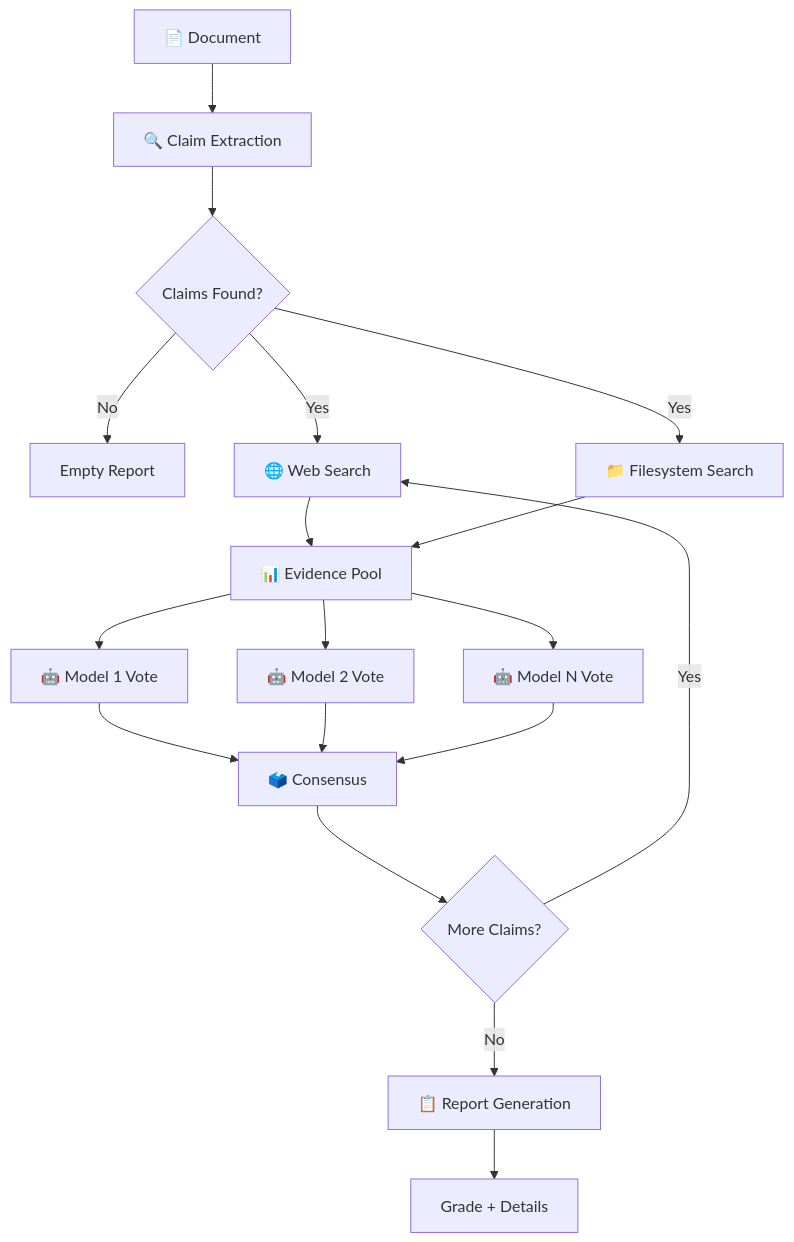
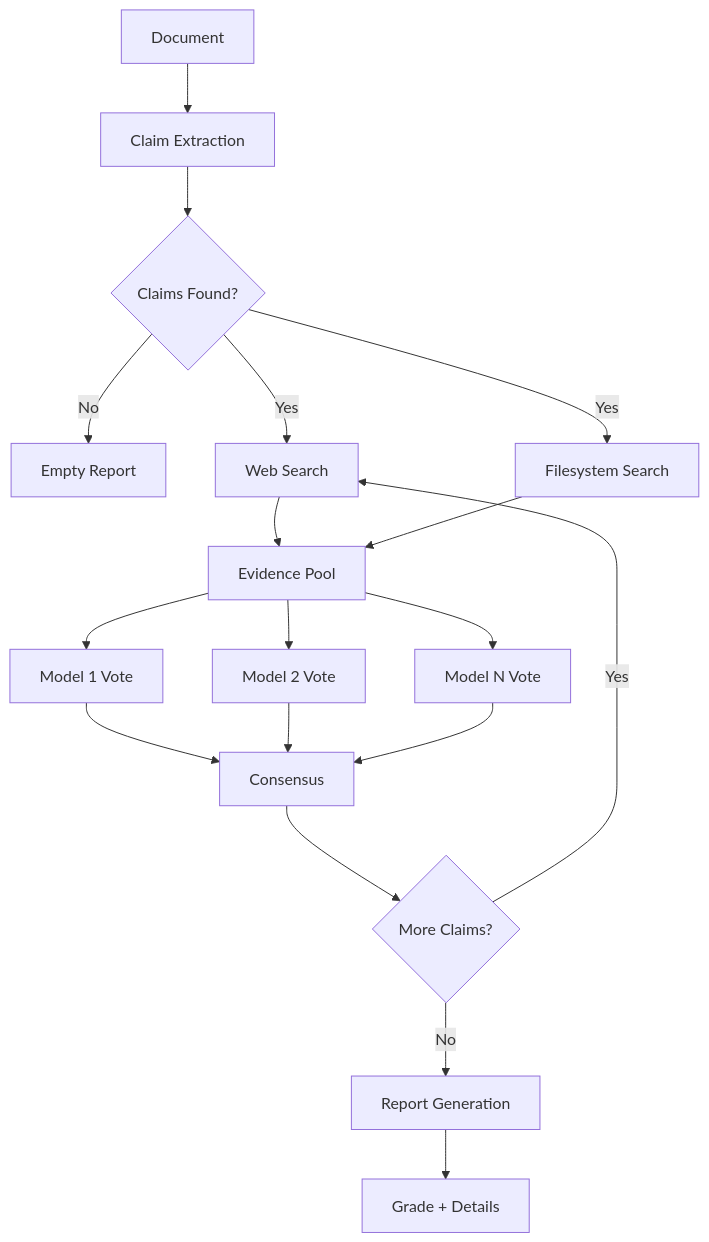
Before and after one commit to Sosoka-Labs/truthfulness-evaluator: the diagram in docs/index.md, drawn with Mermaid. The commit also changed other lines of this file and 1 other file, not shown here.

````diff
--- a/docs/index.md
+++ b/docs/index.md
@@ -72,20 +44,20 @@
 ```mermaid
 graph TD
-    A[📄 Document] --> B[🔍 Claim Extraction]
+    A[Document] --> B[Claim Extraction]
     B --> C{Claims Found?}
     C -->|No| D[Empty Report]
-    C -->|Yes| E[🌐 Web Search]
-    C -->|Yes| F[📁 Filesystem Search]
-    E --> G[📊 Evidence Pool]
+    C -->|Yes| E[Web Search]
+    C -->|Yes| F[Filesystem Search]
+    E --> G[Evidence Pool]
     F --> G
-    G --> H[🤖 Model 1 Vote]
-    G --> I[🤖 Model 2 Vote]
-    G --> J[🤖 Model N Vote]
-    H --> K[🗳️ Consensus]
+    G --> H[Model 1 Vote]
+    G --> I[Model 2 Vote]
+    G --> J[Model N Vote]
+    H --> K[Consensus]
     I --> K
     J --> K
     K --> L{More Claims?}
     L -->|Yes| E
-    L -->|No| M[📋 Report Generation]
+    L -->|No| M[Report Generation]
     M --> N[Grade + Details]
 ```
````
